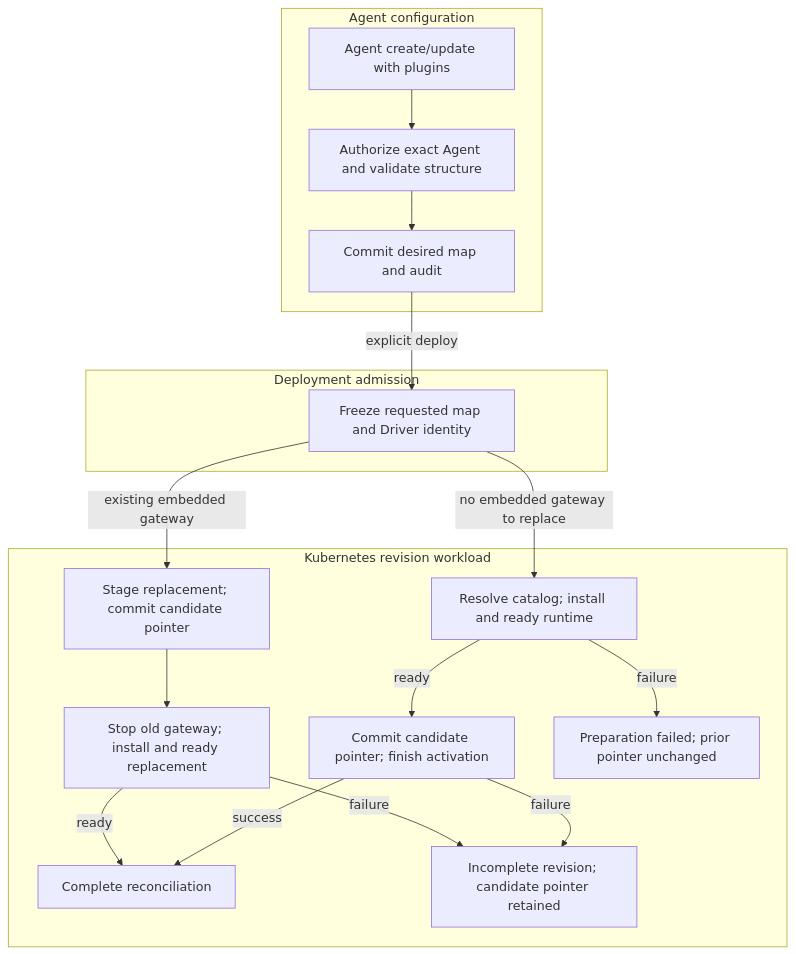
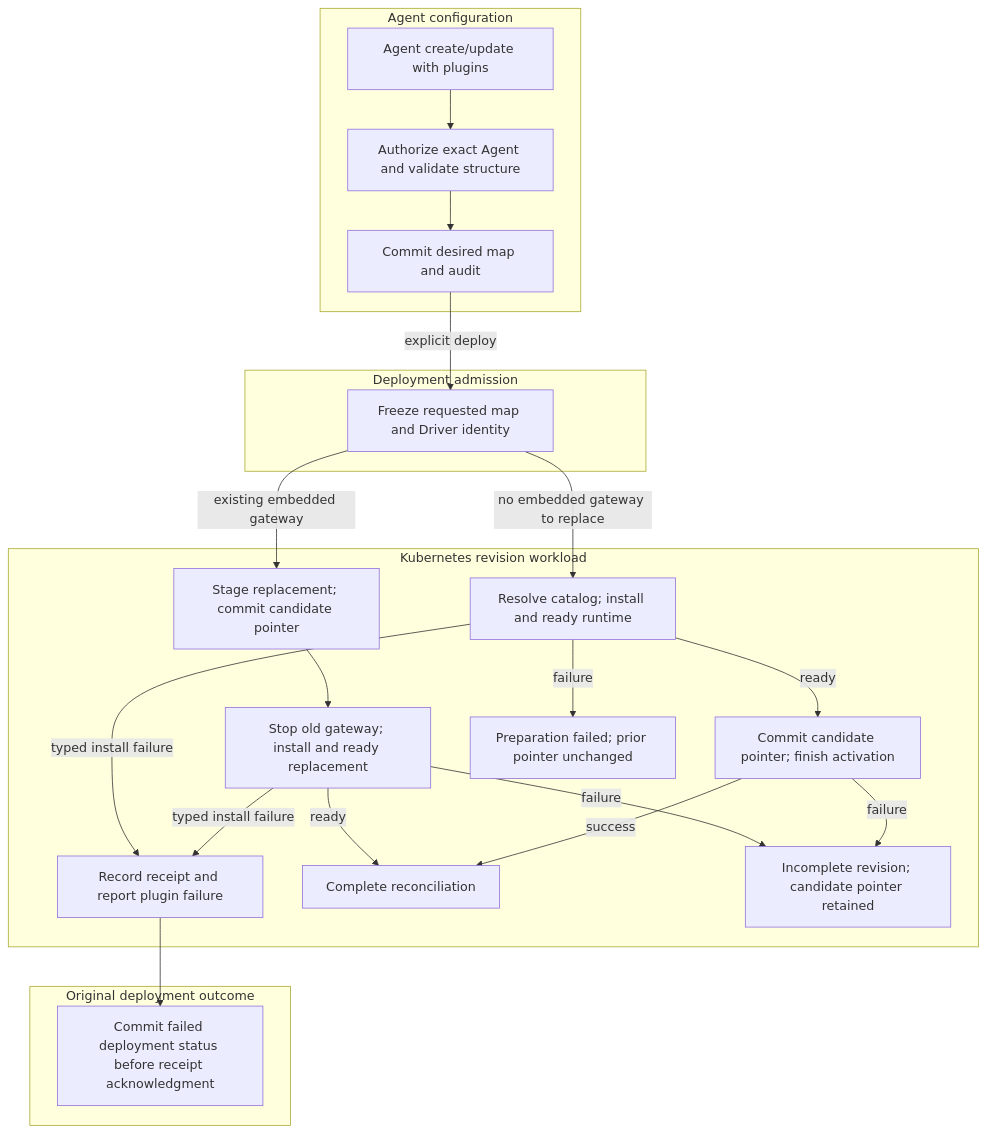
Before and after one commit to openclaw/openclaw-enterprise: the diagram in docs/flows/agent-plugins.md, drawn with Mermaid. The commit also changed other lines of this file and 43 other files, not shown here.

````diff
--- a/docs/flows/agent-plugins.md
+++ b/docs/flows/agent-plugins.md
@@ -33,21 +33,26 @@
 ```mermaid
 graph TD
   subgraph API["Agent configuration"]
     A["Agent create/update with plugins"] --> B["Authorize exact Agent and validate structure"]
     B --> C["Commit desired map and audit"]
   end
   subgraph OCC["Deployment admission"]
     C -->|explicit deploy| D["Freeze requested map and Driver identity"]
   end
   subgraph Compute["Kubernetes revision workload"]
     D -->|existing embedded gateway| R["Stage replacement; commit candidate pointer"]
     R --> S["Stop old gateway; install and ready replacement"]
     D -->|no embedded gateway to replace| F["Resolve catalog; install and ready runtime"]
+    F -->|typed install failure| X["Record receipt and report plugin failure"]
     F -->|ready| G["Commit candidate pointer; finish activation"]
     F -->|failure| H["Preparation failed; prior pointer unchanged"]
     S -->|ready| I["Complete reconciliation"]
+    S -->|typed install failure| X
     G -->|success| I
     S -->|failure| J["Incomplete revision; candidate pointer retained"]
     G -->|failure| J
   end
+  subgraph OCCOutcome["Original deployment outcome"]
+    X --> Y["Commit failed deployment status before receipt acknowledgment"]
+  end
 ```
````
